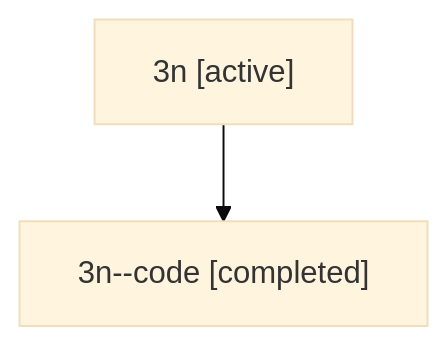
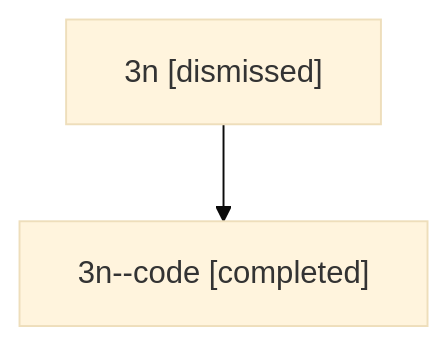
Before and after one commit to sase-org/sase--agents: the diagram in sessions/bbugyi200.athena.3n.md, drawn with Mermaid (base theme). The commit also changed other lines of this file and 32 other files, not shown here.

````diff
--- a/sessions/bbugyi200.athena.3n.md
+++ b/sessions/bbugyi200.athena.3n.md
@@ -9,6 +9,6 @@
 ```mermaid
 flowchart TD
-  n0["3n [active]"]
+  n0["3n [dismissed]"]
   n1["3n--code [completed]"]
   n0 --> n1
 ```
````
